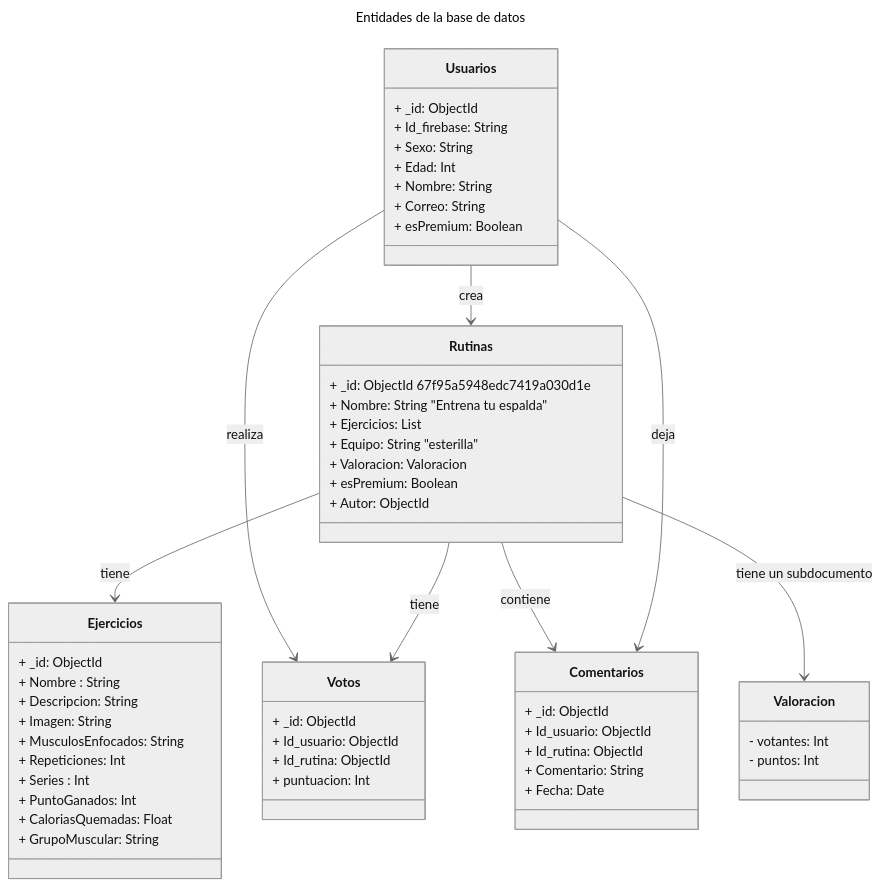
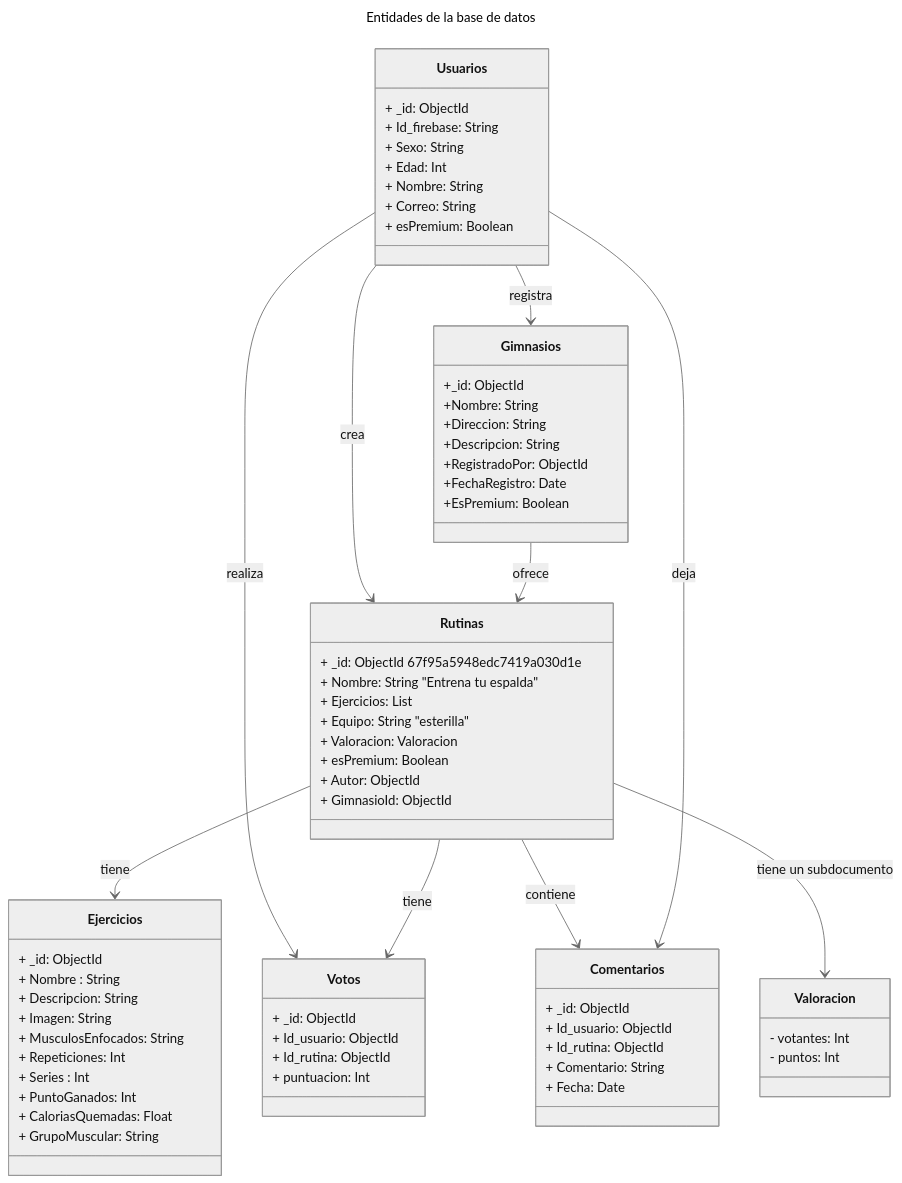
Before and after one commit to dganicolas/RutifyApi: the second of 4 diagrams in readme.md, drawn with Mermaid (neutral theme).

Commit message:
añado entidad gimansios

````diff
--- a/readme.md
+++ b/readme.md
@@ -36,64 +36,77 @@
 ```mermaid
 ---
 title: Entidades de la base de datos
 ---
 classDiagram
 
     Usuarios --> Rutinas : crea
     Usuarios --> Votos : realiza
     Rutinas --> Ejercicios : tiene
     Rutinas --> Votos : tiene
     Rutinas -->  Comentarios: contiene
     Usuarios --> Comentarios : deja
     Rutinas --> Valoracion : tiene un subdocumento
+    Gimnasios --> Rutinas : ofrece
+    Usuarios --> Gimnasios : registra
     
     class Usuarios{
         + _id: ObjectId
         + Id_firebase: String
         + Sexo: String
         + Edad: Int
         + Nombre: String
         + Correo: String
         + esPremium: Boolean
     }
     class Valoracion{
         - votantes: Int
         - puntos: Int
     }
     class Rutinas{
         + _id: ObjectId 67f95a5948edc7419a030d1e
         + Nombre: String "Entrena tu espalda"
         + Ejercicios: List<Ejercicios>
         + Equipo: String "esterilla"
         + Valoracion: Valoracion
         + esPremium: Boolean
         + Autor: ObjectId
+        + GimnasioId: ObjectId
     }
 
     class Votos{
         + _id: ObjectId
         + Id_usuario: ObjectId
         + Id_rutina: ObjectId
         + puntuacion: Int
     }
     class Ejercicios{
         + _id: ObjectId
         + Nombre : String
         + Descripcion: String
         + Imagen: String
         + MusculosEnfocados: String
         + Repeticiones: Int
         + Series : Int
         + PuntoGanados: Int
         + CaloriasQuemadas: Float
         + GrupoMuscular: String
     }
     
+    class Gimnasios {
+        +_id: ObjectId
+        +Nombre: String
+        +Direccion: String
+        +Descripcion: String
+        +RegistradoPor: ObjectId
+        +FechaRegistro: Date
+        +EsPremium: Boolean
+    }
+    
     class Comentarios{
         + _id: ObjectId
         + Id_usuario: ObjectId
         + Id_rutina: ObjectId
         + Comentario: String
         + Fecha: Date
     }
 ```
````
